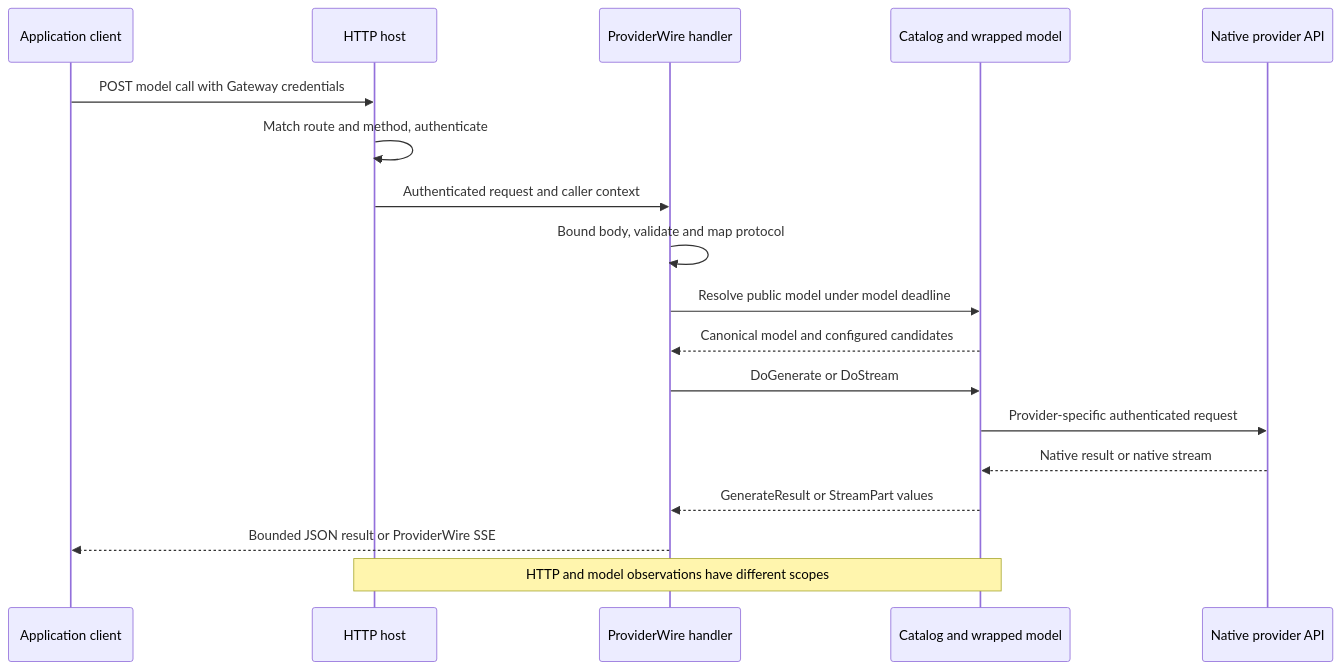
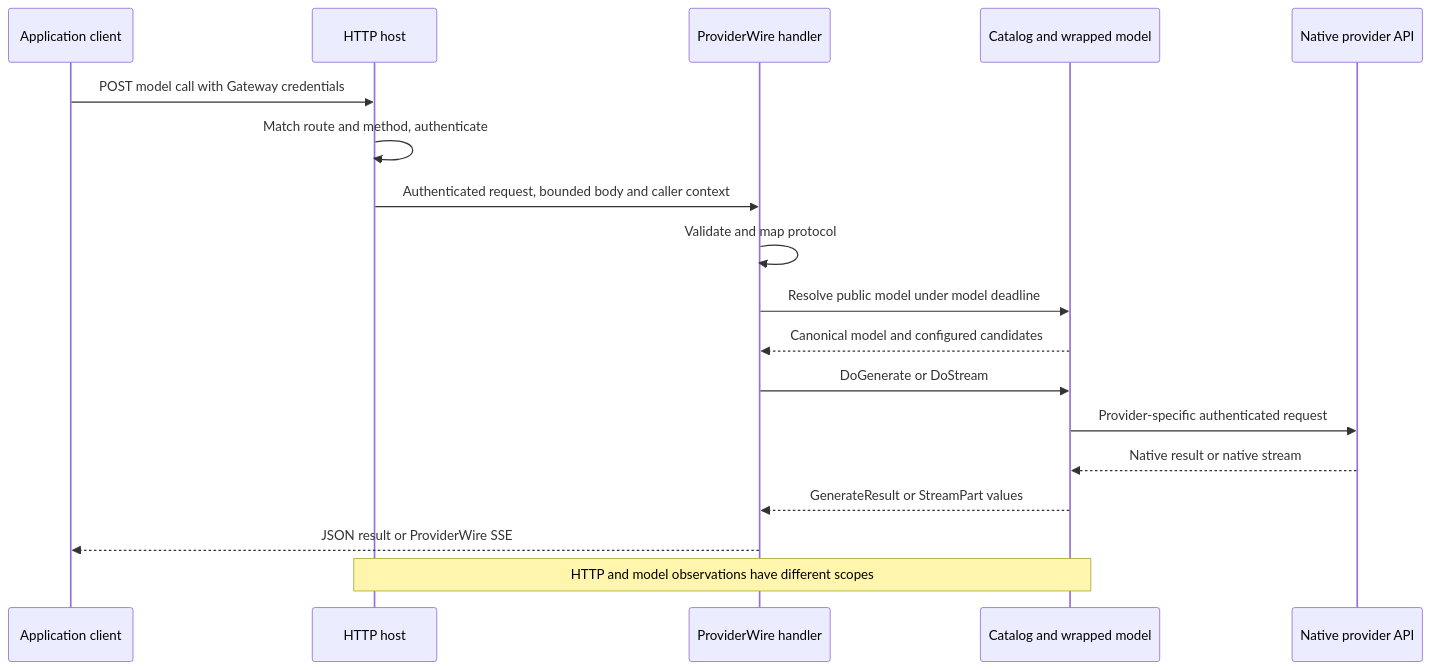
The second of 3 diagrams in docs/concepts/gateway-architecture.md (grafana/ai-sdk), drawn with Mermaid before and after one commit. The commit also changed other lines of this file and 37 other files, not shown here.

First line of the commit message:
refactor(ai-gateway)!: stop budgeting ProviderWire streams

````diff
--- a/docs/concepts/gateway-architecture.md
+++ b/docs/concepts/gateway-architecture.md
@@ -90,20 +90,20 @@
 ```mermaid
 sequenceDiagram
   participant C as Application client
   participant H as HTTP host
   participant W as ProviderWire handler
   participant M as Catalog and wrapped model
   participant P as Native provider API
   C->>H: POST model call with Gateway credentials
   H->>H: Match route and method, authenticate
-  H->>W: Authenticated request and caller context
-  W->>W: Bound body, validate and map protocol
+  H->>W: Authenticated request, bounded body and caller context
+  W->>W: Validate and map protocol
   W->>M: Resolve public model under model deadline
   M-->>W: Canonical model and configured candidates
   W->>M: DoGenerate or DoStream
   M->>P: Provider-specific authenticated request
   P-->>M: Native result or native stream
   M-->>W: GenerateResult or StreamPart values
-  W-->>C: Bounded JSON result or ProviderWire SSE
+  W-->>C: JSON result or ProviderWire SSE
   Note over H,M: HTTP and model observations have different scopes
 ```
````
